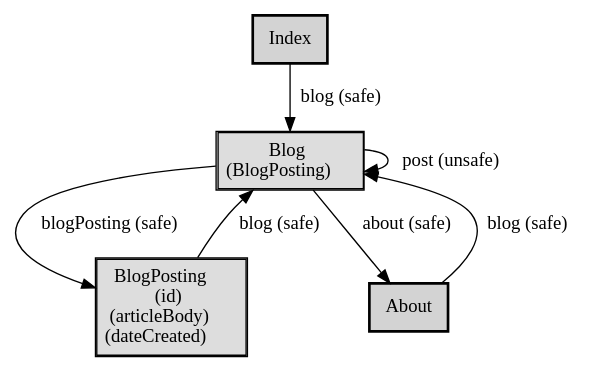
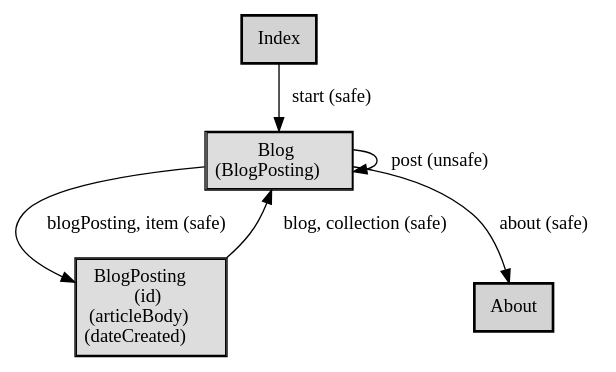
Before and after one commit to alps-asd/app-state-diagram: the diagram in docs/profile.example.dot, drawn with Graphviz. The commit also changed 19 other files, not shown here.

```diff
--- a/docs/profile.example.dot
+++ b/docs/profile.example.dot
@@ -1,17 +1,16 @@
 digraph application_state_diagram {
     node [shape = box, style = "bold,filled"];
 
     Blog [style=solid, margin=0.02, label=<<table cellspacing="0" cellpadding="5" cellborder="1" border="0"><tr><td bgcolor="#dddddd">Blog<br />(BlogPosting)<br /></td></tr></table>>,shape=box URL="docs/semantic.Blog.html"]
     BlogPosting [style=solid, margin=0.02, label=<<table cellspacing="0" cellpadding="5" cellborder="1" border="0"><tr><td bgcolor="#dddddd">BlogPosting<br />(id)<br />(articleBody)<br />(dateCreated)<br /></td></tr></table>>,shape=box URL="docs/semantic.BlogPosting.html"]
 
-    Index->Blog [label = "blog (safe)" URL="docs/safe.blog.html"];
-    About->Blog [label = "blog (safe)" URL="docs/safe.blog.html"];
-    Blog->BlogPosting [label = "blogPosting (safe)" URL="docs/safe.blogPosting.html"];
+    Index->Blog [label = "start (safe)" URL="docs/safe.start.html"];
+    Blog->BlogPosting [label = "blogPosting, item (safe)" URL="docs/safe.blogPosting.html"];
     Blog->Blog [label = "post (unsafe)" URL="docs/unsafe.post.html"];
     Blog->About [label = "about (safe)" URL="docs/safe.about.html"];
-    BlogPosting->Blog [label = "blog (safe)" URL="docs/safe.blog.html"];
+    BlogPosting->Blog [label = "blog, collection (safe)" URL="docs/safe.blog.html"];
 
     Index [URL="docs/semantic.Index.html"]
     About [URL="docs/semantic.About.html"]
 
 }
```
